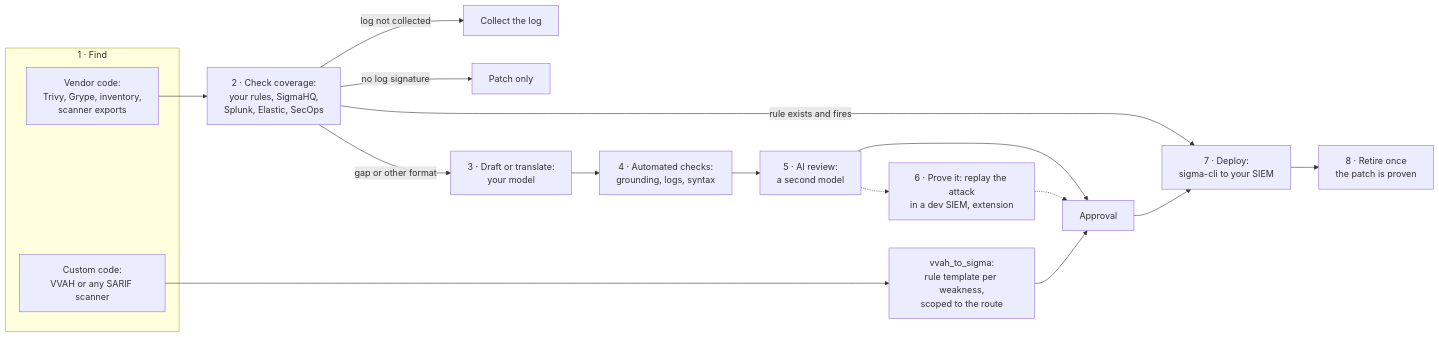
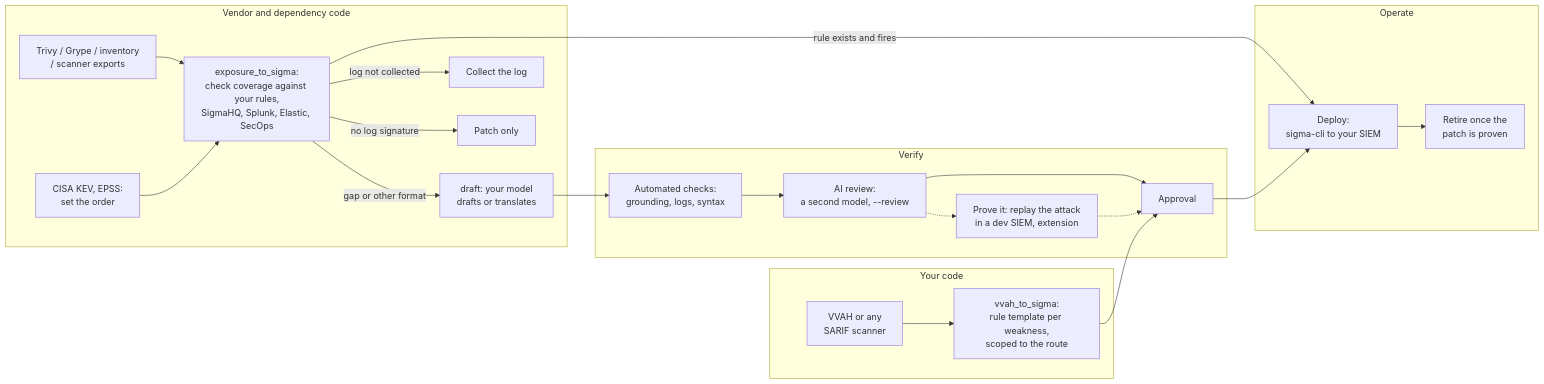
Before and after one commit to usmanaminch/ai-mastery-2026: the diagram in vvah-to-sigma/README.md, drawn with Mermaid. The commit also changed other lines of this file, not shown here.

Commit message:
vvah-to-sigma README: restore the block diagram with current stages; fix stale limits, verdict name and example model; link the write-up
Claude-Session: https://claude.ai/code/session_017fhLAypvBswAp6wLLWL6DZ

````diff
--- a/vvah-to-sigma/README.md
+++ b/vvah-to-sigma/README.md
@@ -6,21 +7,26 @@
 ```mermaid
 flowchart LR
-  subgraph Find["1 · Find"]
-    A[Custom code:<br>VVAH or any SARIF scanner]
-    B[Vendor code:<br>Trivy, Grype, inventory,<br>scanner exports]
+  subgraph Own["Your code"]
+    A[VVAH or any<br>SARIF scanner] --> T[vvah_to_sigma:<br>rule template per weakness,<br>scoped to the route]
   end
-  A --> T[vvah_to_sigma:<br>rule template per weakness,<br>scoped to the route]
-  B --> C[2 · Check coverage:<br>your rules, SigmaHQ,<br>Splunk, Elastic, SecOps]
+  subgraph Vendor["Vendor and dependency code"]
+    B[Trivy / Grype / inventory<br>/ scanner exports] --> C[exposure_to_sigma:<br>check coverage against your rules,<br>SigmaHQ, Splunk, Elastic, SecOps]
+    K[CISA KEV, EPSS:<br>set the order] --> C
+    C -->|gap or other format| D[draft: your model<br>drafts or translates]
+    C -->|log not collected| LOG[Collect the log]
+    C -->|no log signature| PAT[Patch only]
+  end
+  subgraph Verify["Verify"]
+    E[Automated checks:<br>grounding, logs, syntax] --> F[AI review:<br>a second model, --review]
+    F -.-> P6[Prove it: replay the attack<br>in a dev SIEM, extension]
+    F --> AP[Approval]
+    P6 -.-> AP
+  end
+  subgraph Operate["Operate"]
+    DEP[Deploy:<br>sigma-cli to your SIEM] --> RET[Retire once the<br>patch is proven]
+  end
+  D --> E
   C -->|rule exists and fires| DEP
-  C -->|log not collected| LOG[Collect the log]
-  C -->|no log signature| PAT[Patch only]
-  C -->|gap or other format| D[3 · Draft or translate:<br>your model]
-  D --> E[4 · Automated checks:<br>grounding, logs, syntax]
-  E --> F[5 · AI review:<br>a second model]
-  F -.-> P6[6 · Prove it: replay the attack<br>in a dev SIEM, extension]
-  F --> AP[Approval]
-  P6 -.-> AP
   T --> AP
-  AP --> DEP[7 · Deploy:<br>sigma-cli to your SIEM]
-  DEP --> RET[8 · Retire once<br>the patch is proven]
+  AP --> DEP
 ```
````
